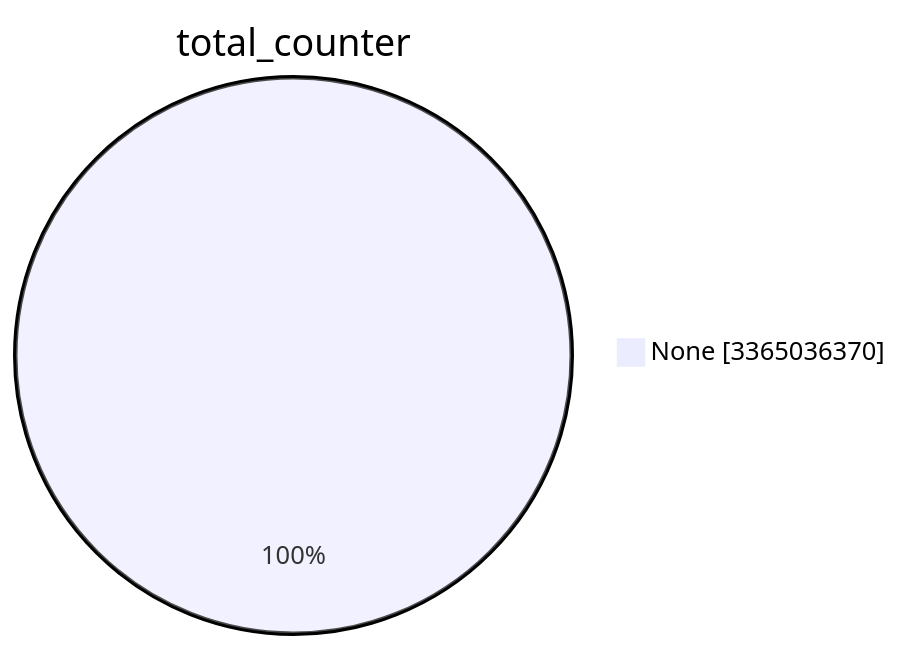
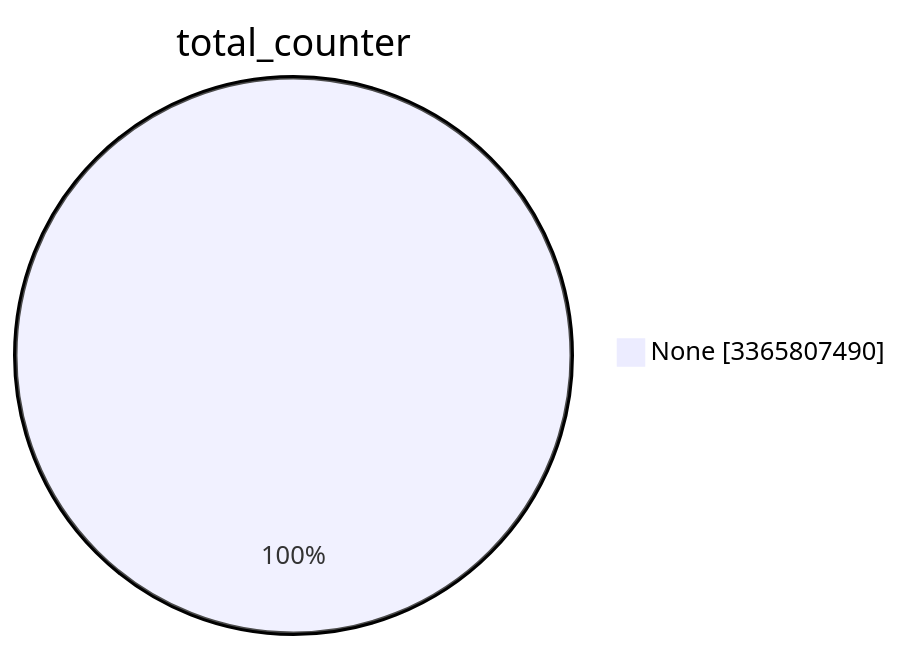
The first of 15 diagrams in TOTAL/README.md (christiankrug/ctmonitor_visualization), drawn with Mermaid before and after one commit. The commit also changed other lines of this file, not shown here.

````diff
--- a/TOTAL/README.md
+++ b/TOTAL/README.md
@@ -1,5 +1,5 @@
 ```mermaid
 pie showData
 title total_counter
-"None" :3365036370
+"None" :3365807490
 ```
````
